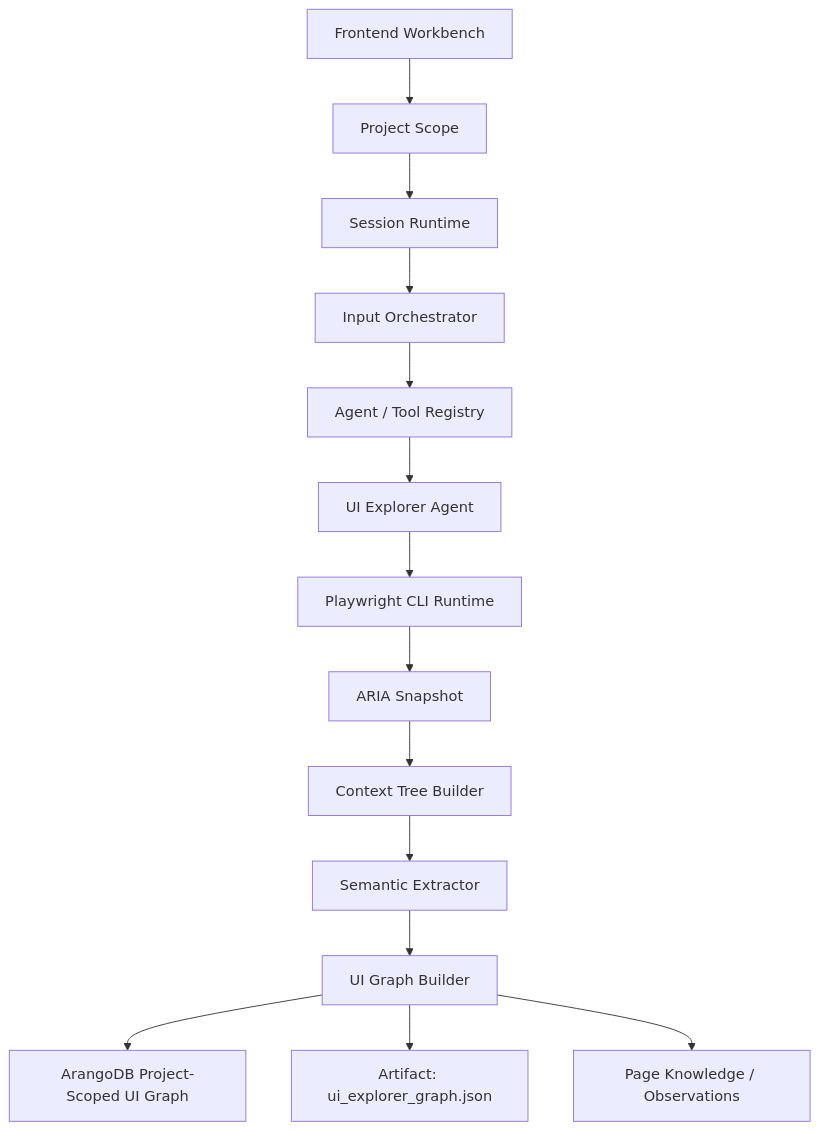
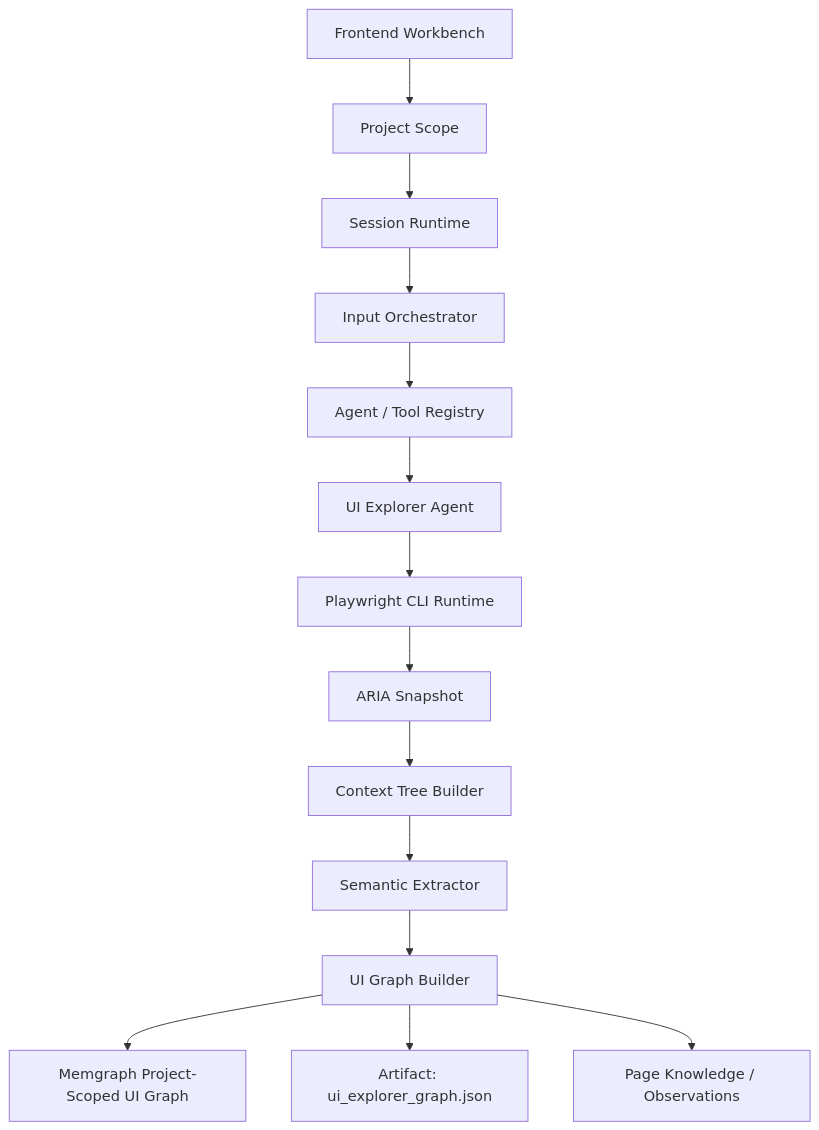
Before and after one commit to whzsyx/Ai_Test_Agent: the diagram in Enterprise_AI_QA_Agent/README.md, drawn with Mermaid. The commit also changed other lines of this file and 12 other files, not shown here.

````diff
--- a/Enterprise_AI_QA_Agent/README.md
+++ b/Enterprise_AI_QA_Agent/README.md
@@ -7,16 +7,16 @@
 ```mermaid
 flowchart TD
     A["Frontend Workbench"] --> B["Project Scope"]
     B --> C["Session Runtime"]
     C --> D["Input Orchestrator"]
     D --> E["Agent / Tool Registry"]
     E --> F["UI Explorer Agent"]
     F --> G["Playwright CLI Runtime"]
     G --> H["ARIA Snapshot"]
     H --> I["Context Tree Builder"]
     I --> J["Semantic Extractor"]
     J --> K["UI Graph Builder"]
-    K --> L["ArangoDB Project-Scoped UI Graph"]
+    K --> L["Memgraph Project-Scoped UI Graph"]
     K --> M["Artifact: ui_explorer_graph.json"]
     K --> N["Page Knowledge / Observations"]
 ```
````
